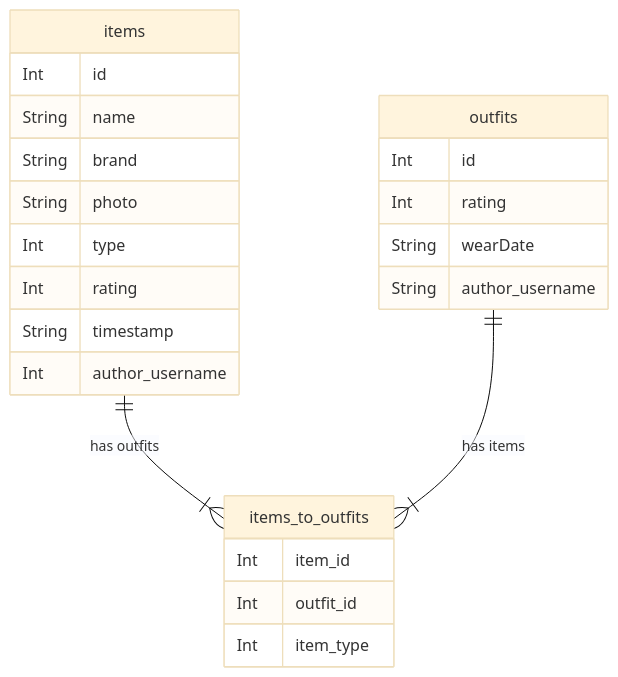
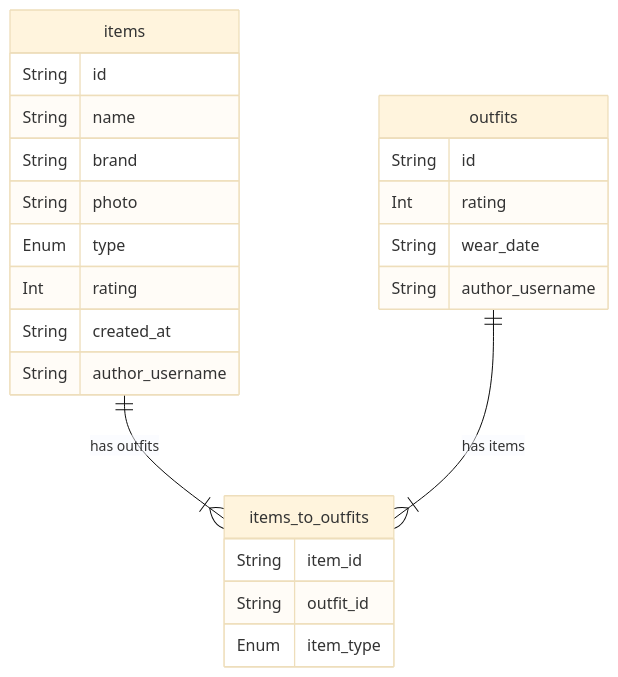
Before and after one commit to radicalplatforms/shafa: the diagram in README.md, drawn with Mermaid (base theme). The commit also changed other lines of this file and 53 other files, not shown here.

````diff
--- a/README.md
+++ b/README.md
@@ -31,29 +31,29 @@
 ```mermaid
 erDiagram
     items {
-        Int id
+        String id
         String name
         String brand
         String photo
-        Int type
+        Enum type
         Int rating
-        String timestamp
-        Int author_username
+        String created_at
+        String author_username
     }
 
     outfits {
-        Int id
+        String id
         Int rating
-        String wearDate
+        String wear_date
         String author_username
     }
 
     items_to_outfits {
-        Int item_id
-        Int outfit_id
-        Int item_type
+        String item_id
+        String outfit_id
+        Enum item_type
     }
 
     items ||--|{ items_to_outfits : "has outfits"
     outfits ||--|{ items_to_outfits : "has items"
 ```
````
